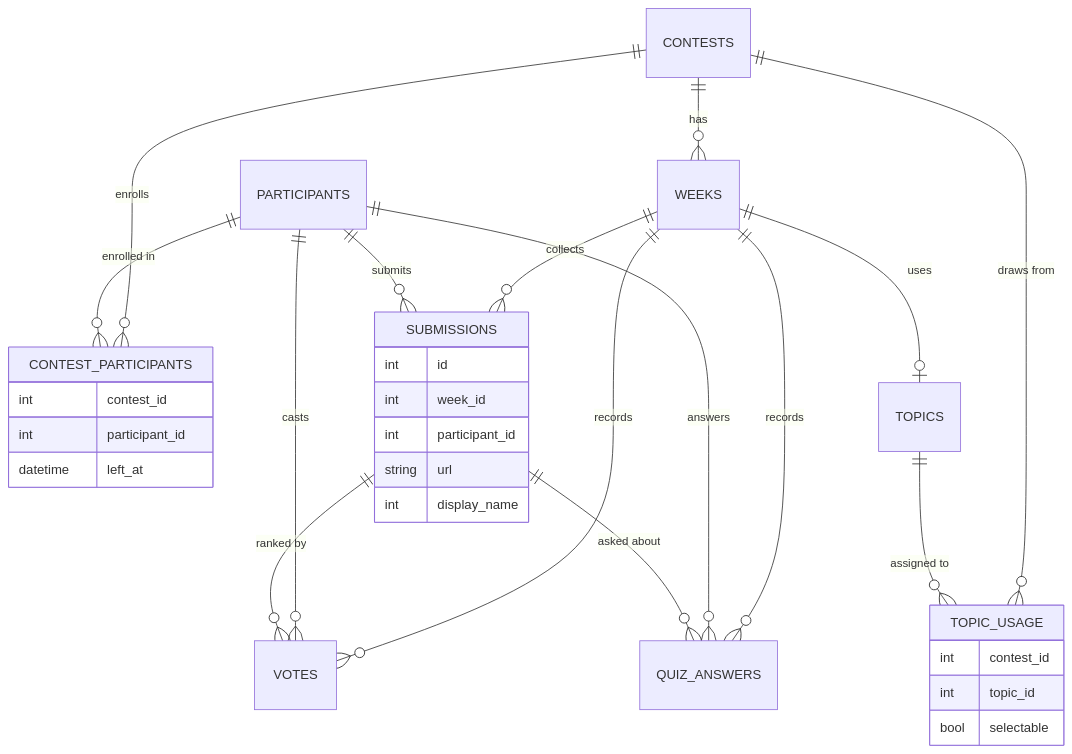
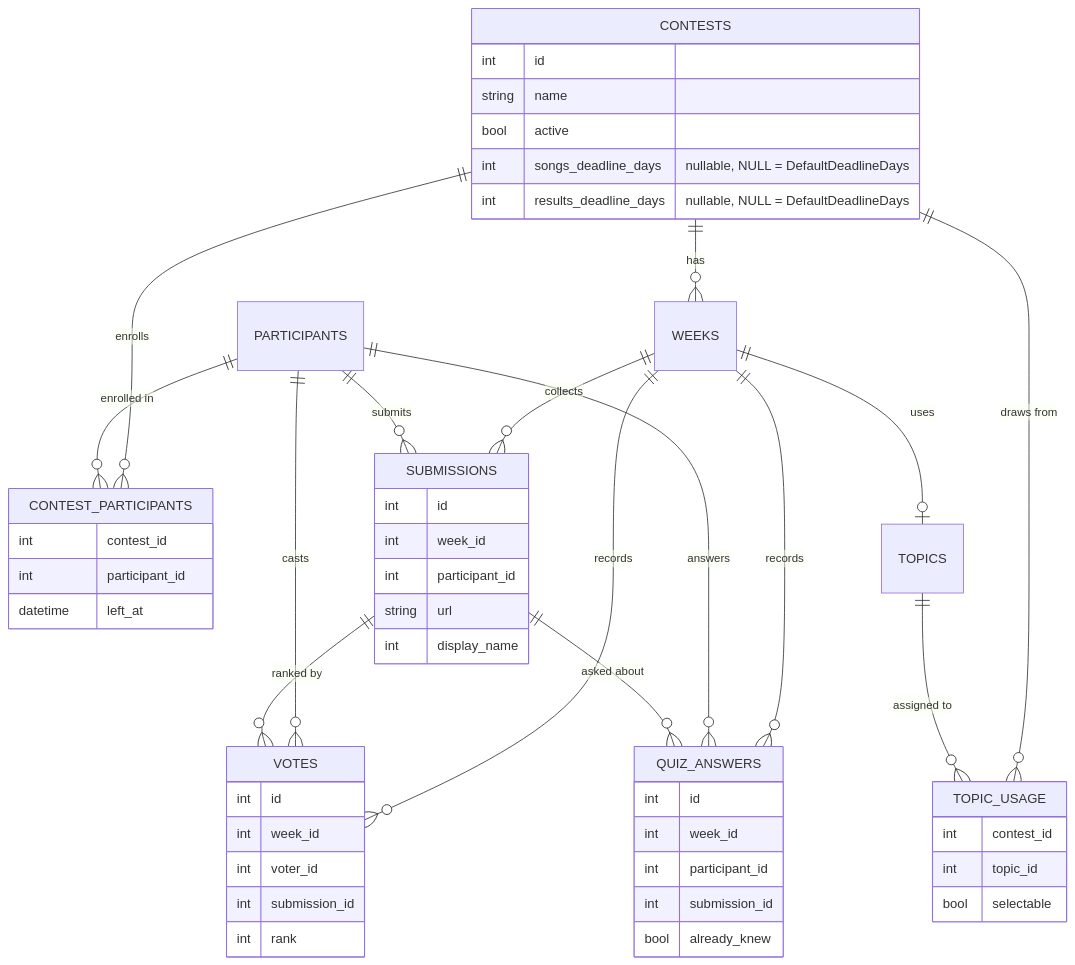
Before and after one commit to cristianat98/Music-Contest-Telegram: the second of 2 diagrams in docs/uml.md, drawn with Mermaid. The commit also changed other lines of this file and 21 other files, not shown here.

````diff
--- a/docs/uml.md
+++ b/docs/uml.md
@@ -134,35 +145,56 @@
 ```mermaid
 erDiagram
     CONTESTS ||--o{ CONTEST_PARTICIPANTS : enrolls
     PARTICIPANTS ||--o{ CONTEST_PARTICIPANTS : "enrolled in"
     CONTESTS ||--o{ WEEKS : has
     CONTESTS ||--o{ TOPIC_USAGE : "draws from"
     TOPICS ||--o{ TOPIC_USAGE : "assigned to"
     WEEKS ||--o| TOPICS : uses
     WEEKS ||--o{ SUBMISSIONS : collects
     PARTICIPANTS ||--o{ SUBMISSIONS : submits
     WEEKS ||--o{ VOTES : records
     PARTICIPANTS ||--o{ VOTES : casts
     SUBMISSIONS ||--o{ VOTES : "ranked by"
     WEEKS ||--o{ QUIZ_ANSWERS : records
     PARTICIPANTS ||--o{ QUIZ_ANSWERS : answers
     SUBMISSIONS ||--o{ QUIZ_ANSWERS : "asked about"
 
+    CONTESTS {
+        int id
+        string name
+        bool active
+        int songs_deadline_days "nullable, NULL = DefaultDeadlineDays"
+        int results_deadline_days "nullable, NULL = DefaultDeadlineDays"
+    }
     CONTEST_PARTICIPANTS {
         int contest_id
         int participant_id
         datetime left_at
     }
     TOPIC_USAGE {
         int contest_id
         int topic_id
         bool selectable
     }
     SUBMISSIONS {
         int id
         int week_id
         int participant_id
         string url
         int display_name
     }
+    VOTES {
+        int id
+        int week_id
+        int voter_id
+        int submission_id
+        int rank
+    }
+    QUIZ_ANSWERS {
+        int id
+        int week_id
+        int participant_id
+        int submission_id
+        bool already_knew
+    }
 ```
````
